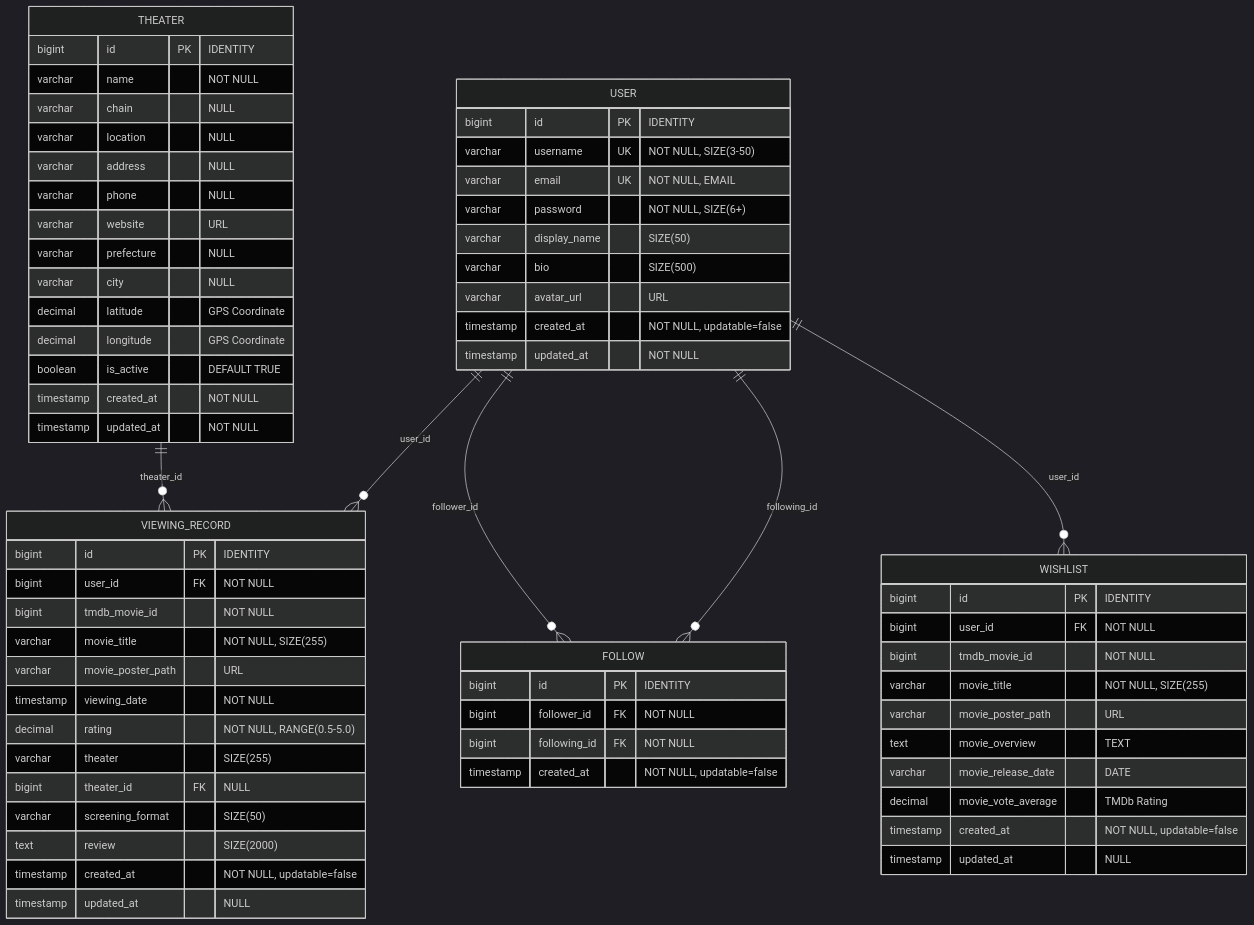
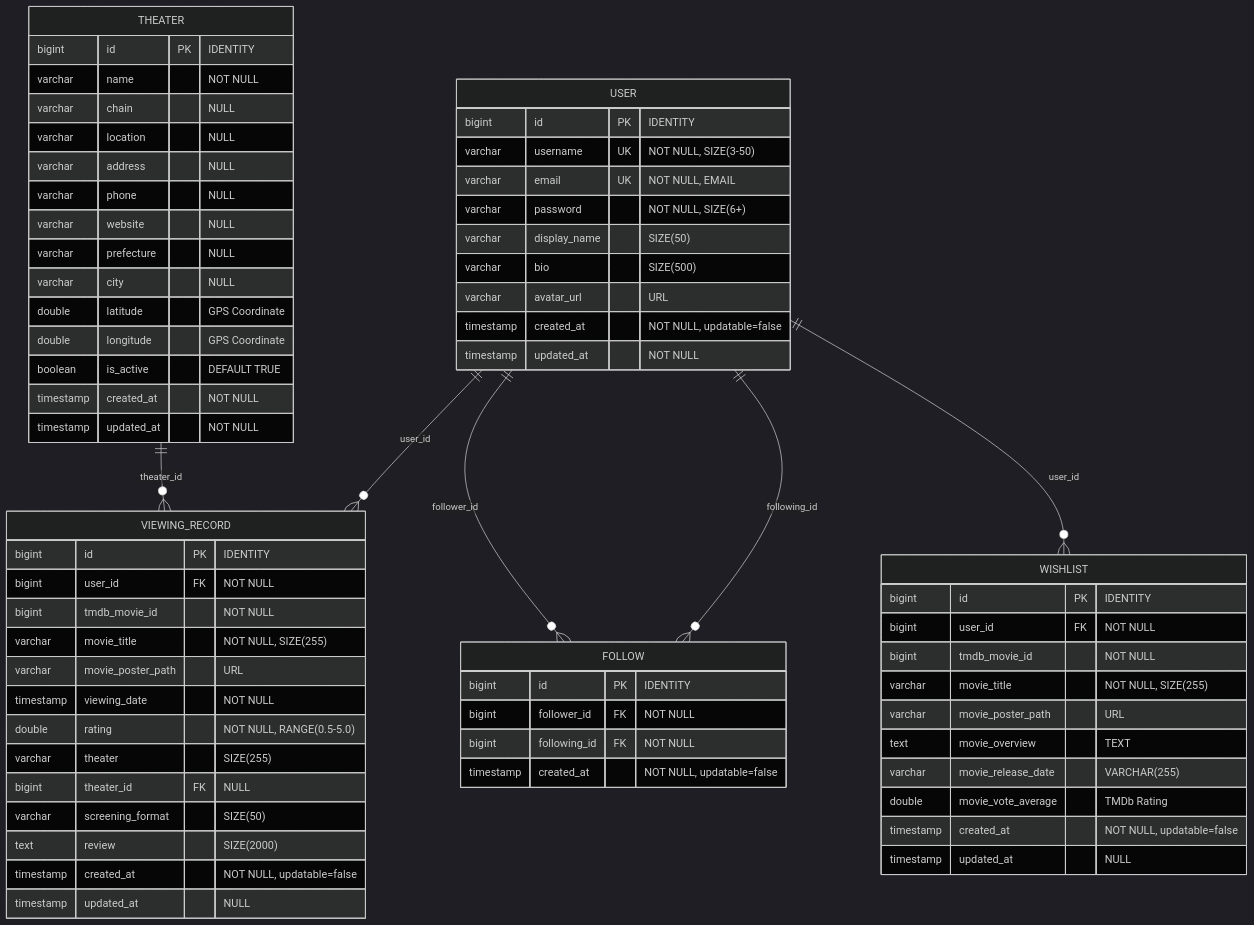
Before and after one commit to TatsuyaKondo629/cineTrack: the first of 5 diagrams in docs/03_database_design.md, drawn with Mermaid (dark theme). The commit also changed other lines of this file and 1 other file, not shown here.

````diff
--- a/docs/03_database_design.md
+++ b/docs/03_database_design.md
@@ -36,73 +36,73 @@
 ```mermaid
 erDiagram
     USER {
         bigint id PK "IDENTITY"
         varchar username UK "NOT NULL, SIZE(3-50)"
         varchar email UK "NOT NULL, EMAIL"
         varchar password "NOT NULL, SIZE(6+)"
         varchar display_name "SIZE(50)"
         varchar bio "SIZE(500)"
         varchar avatar_url "URL"
         timestamp created_at "NOT NULL, updatable=false"
         timestamp updated_at "NOT NULL"
     }
     
     VIEWING_RECORD {
         bigint id PK "IDENTITY"
         bigint user_id FK "NOT NULL"
         bigint tmdb_movie_id "NOT NULL"
         varchar movie_title "NOT NULL, SIZE(255)"
         varchar movie_poster_path "URL"
         timestamp viewing_date "NOT NULL"
-        decimal rating "NOT NULL, RANGE(0.5-5.0)"
+        double rating "NOT NULL, RANGE(0.5-5.0)"
         varchar theater "SIZE(255)"
         bigint theater_id FK "NULL"
         varchar screening_format "SIZE(50)"
         text review "SIZE(2000)"
         timestamp created_at "NOT NULL, updatable=false"
         timestamp updated_at "NULL"
     }
     
     THEATER {
         bigint id PK "IDENTITY"
         varchar name "NOT NULL"
         varchar chain "NULL"
         varchar location "NULL"
         varchar address "NULL"
         varchar phone "NULL"
-        varchar website "URL"
+        varchar website "NULL"
         varchar prefecture "NULL"
         varchar city "NULL"
-        decimal latitude "GPS Coordinate"
-        decimal longitude "GPS Coordinate"
+        double latitude "GPS Coordinate"
+        double longitude "GPS Coordinate"
         boolean is_active "DEFAULT TRUE"
         timestamp created_at "NOT NULL"
         timestamp updated_at "NOT NULL"
     }
     
     FOLLOW {
         bigint id PK "IDENTITY"
         bigint follower_id FK "NOT NULL"
         bigint following_id FK "NOT NULL"
         timestamp created_at "NOT NULL, updatable=false"
     }
     
     WISHLIST {
         bigint id PK "IDENTITY"
         bigint user_id FK "NOT NULL"
         bigint tmdb_movie_id "NOT NULL"
         varchar movie_title "NOT NULL, SIZE(255)"
         varchar movie_poster_path "URL"
         text movie_overview "TEXT"
-        varchar movie_release_date "DATE"
-        decimal movie_vote_average "TMDb Rating"
+        varchar movie_release_date "VARCHAR(255)"
+        double movie_vote_average "TMDb Rating"
         timestamp created_at "NOT NULL, updatable=false"
         timestamp updated_at "NULL"
     }
     
     USER ||--o{ VIEWING_RECORD : "user_id"
     USER ||--o{ FOLLOW : "follower_id"
     USER ||--o{ FOLLOW : "following_id"
     USER ||--o{ WISHLIST : "user_id"
     THEATER ||--o{ VIEWING_RECORD : "theater_id"
 ```
````
